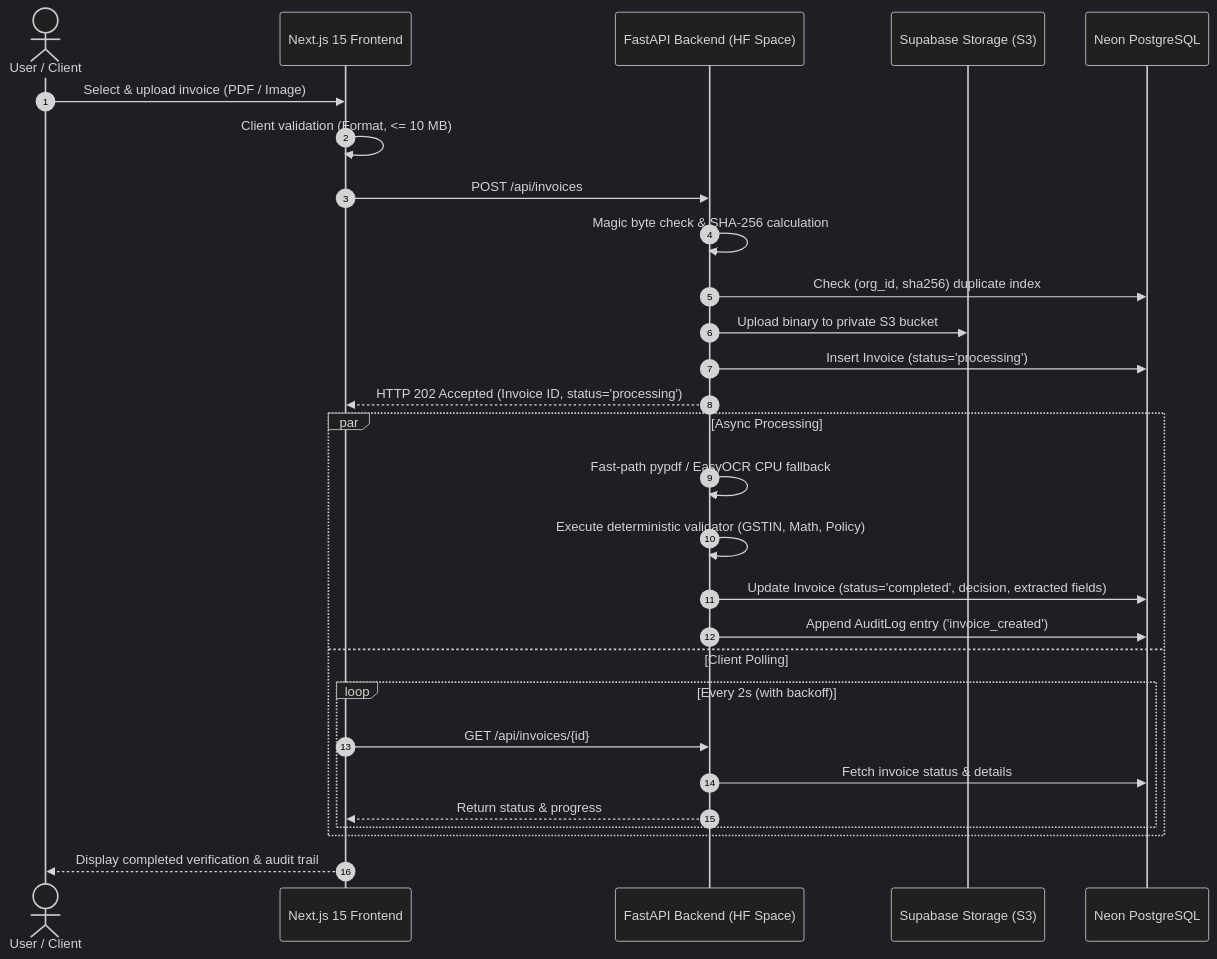
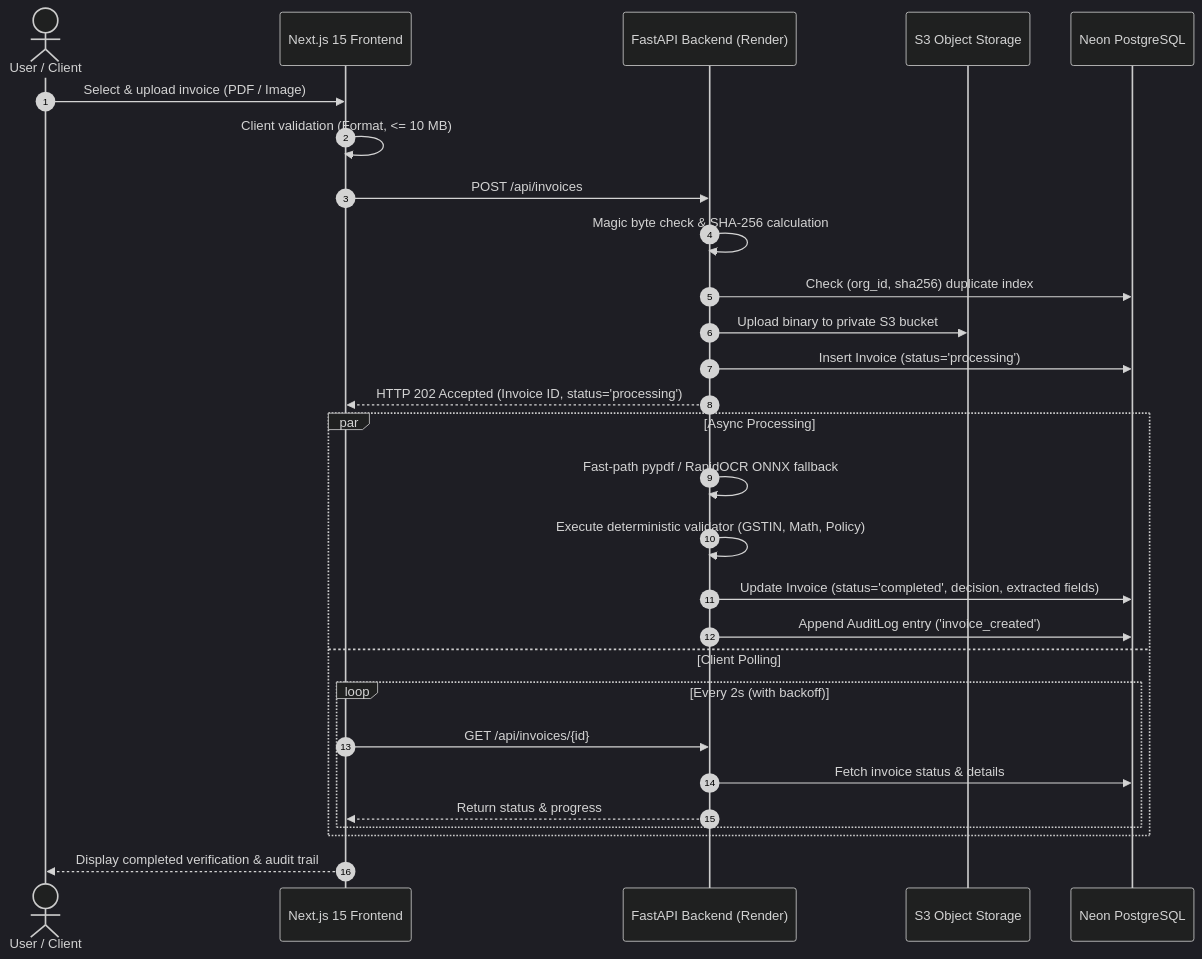
Before and after one commit to BalajiMogarge/Finance-Flow-AI: the second of 2 diagrams in docs/ARCHITECTURE.md, drawn with Mermaid (dark theme). The commit also changed other lines of this file and 27 other files, not shown here.

Commit message:
feat: optimize for Render 512MB deployment with RapidOCR, update docs and CI, add demo guide

````diff
--- a/docs/ARCHITECTURE.md
+++ b/docs/ARCHITECTURE.md
@@ -68,32 +77,32 @@
 ```mermaid
 sequenceDiagram
     autonumber
     actor User as User / Client
     participant Frontend as Next.js 15 Frontend
-    participant API as FastAPI Backend (HF Space)
-    participant Storage as Supabase Storage (S3)
+    participant API as FastAPI Backend (Render)
+    participant Storage as S3 Object Storage
     participant DB as Neon PostgreSQL
 
     User->>Frontend: Select & upload invoice (PDF / Image)
     Frontend->>Frontend: Client validation (Format, <= 10 MB)
     Frontend->>API: POST /api/invoices
     API->>API: Magic byte check & SHA-256 calculation
     API->>DB: Check (org_id, sha256) duplicate index
     API->>Storage: Upload binary to private S3 bucket
     API->>DB: Insert Invoice (status='processing')
     API-->>Frontend: HTTP 202 Accepted (Invoice ID, status='processing')
     
     par Async Processing
-        API->>API: Fast-path pypdf / EasyOCR CPU fallback
+        API->>API: Fast-path pypdf / RapidOCR ONNX fallback
         API->>API: Execute deterministic validator (GSTIN, Math, Policy)
         API->>DB: Update Invoice (status='completed', decision, extracted fields)
         API->>DB: Append AuditLog entry ('invoice_created')
     and Client Polling
         loop Every 2s (with backoff)
             Frontend->>API: GET /api/invoices/{id}
             API->>DB: Fetch invoice status & details
             API-->>Frontend: Return status & progress
         end
     end
     Frontend-->>User: Display completed verification & audit trail
 ```
````
